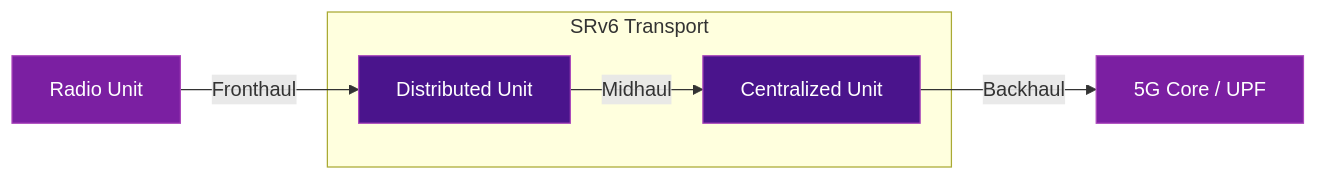
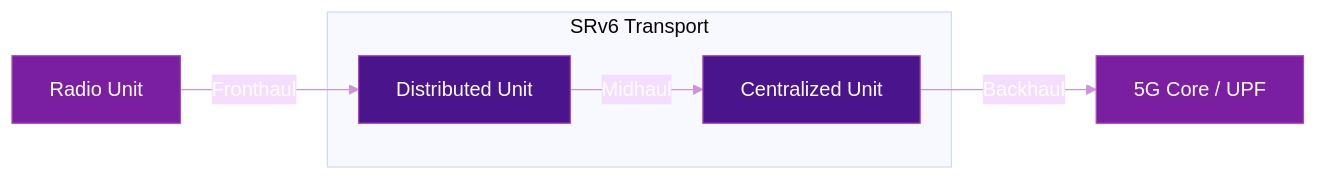
One commit to eldaninavas/srv6.md changed the diagram in docs/use-cases/5g-transport.md. Above: the diagram before and after it, drawn with Mermaid. The commit also changed 26 other files, not shown here.

First line of the commit message:
fix: Mermaid diagram text visibility in light mode + categorize RFC nav

````diff
--- a/docs/use-cases/5g-transport.md
+++ b/docs/use-cases/5g-transport.md
@@ -29,16 +29,17 @@
 ```mermaid
+%%{init: {"theme": "base", "themeVariables": {"primaryTextColor": "#fff", "lineColor": "#ce93d8", "textColor": "#fff"}}}%%
 graph LR
     RU[Radio Unit] -->|Fronthaul| DU[Distributed Unit]
     DU -->|Midhaul| CU[Centralized Unit]
     CU -->|Backhaul| CORE[5G Core / UPF]
 
     subgraph SRv6 Transport
         DU
         CU
     end
 
     style RU fill:#7b1fa2,color:#fff,stroke:#ab47bc
     style CORE fill:#7b1fa2,color:#fff,stroke:#ab47bc
     style DU fill:#4a148c,color:#fff,stroke:#ab47bc
     style CU fill:#4a148c,color:#fff,stroke:#ab47bc
 ```
````
